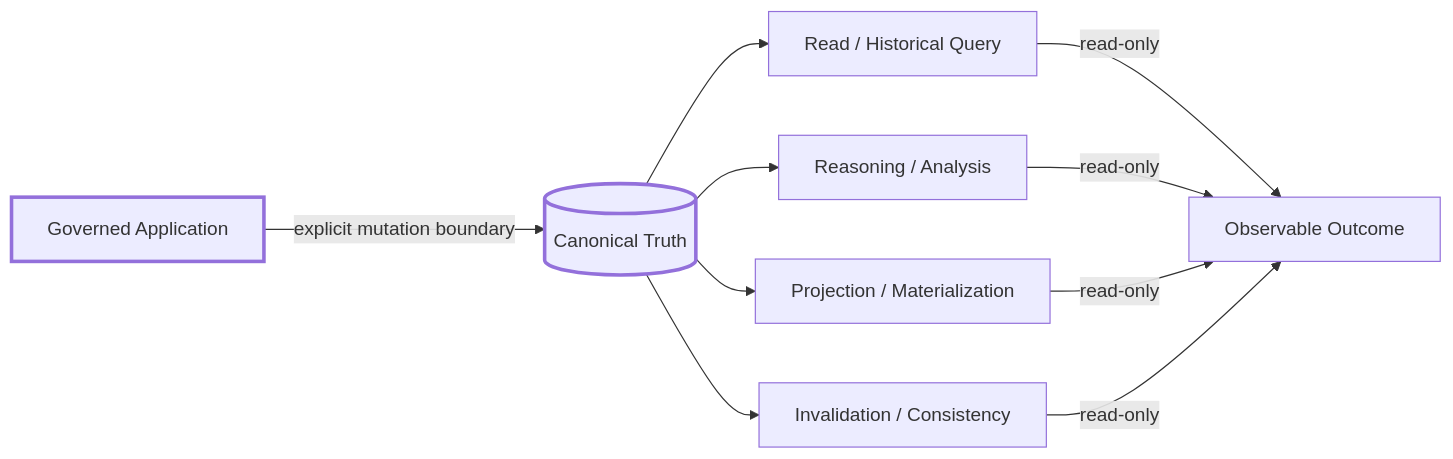
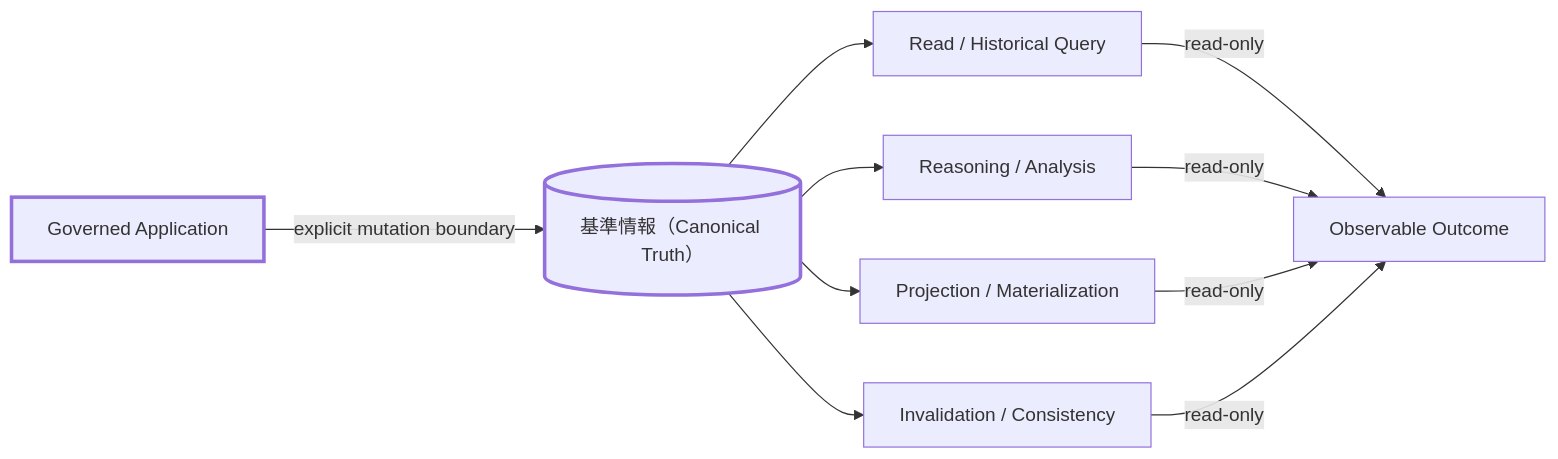
The fifth of 6 diagrams in README.ja.md (miumigy/scm-ontology), drawn with Mermaid before and after one commit. The commit also changed other lines of this file and 1 other file, not shown here.

Commit message:
docs: improve Japanese terminology for canonical concepts

````diff
--- a/README.ja.md
+++ b/README.ja.md
@@ -174,22 +174,22 @@
 ```mermaid
 flowchart LR
     READ[Read / Historical Query]
     REASON[Reasoning / Analysis]
     PROJ[Projection / Materialization]
     INV[Invalidation / Consistency]
     WRITE[Governed Application]
-    CANON[(Canonical Truth)]
+    CANON[(基準情報（Canonical Truth）)]
 
     CANON --> READ
     CANON --> REASON
     CANON --> PROJ
     CANON --> INV
     READ -->|read-only| OUT[Observable Outcome]
     REASON -->|read-only| OUT
     PROJ -->|read-only| OUT
     INV -->|read-only| OUT
     WRITE -->|explicit mutation boundary| CANON
 
     style WRITE stroke-width:3px
     style CANON stroke-width:3px
 ```
````
